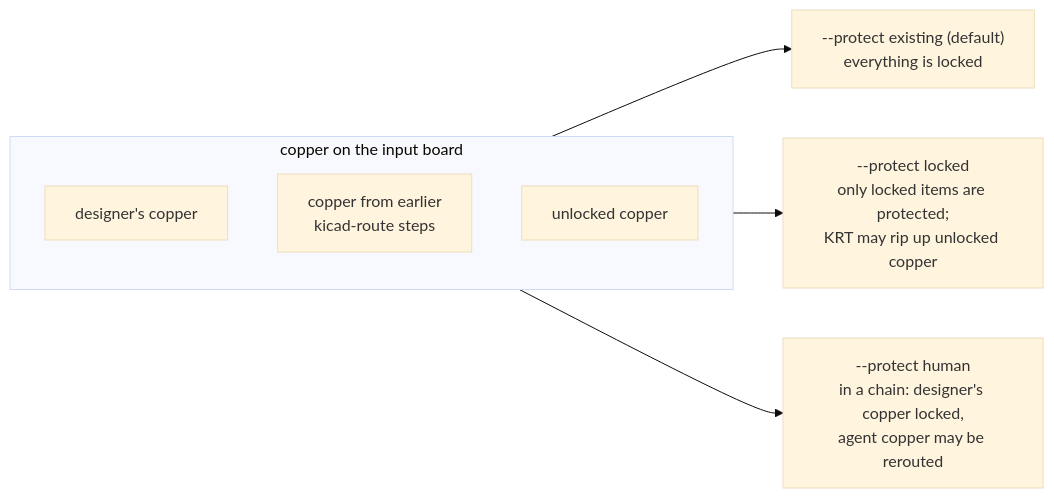
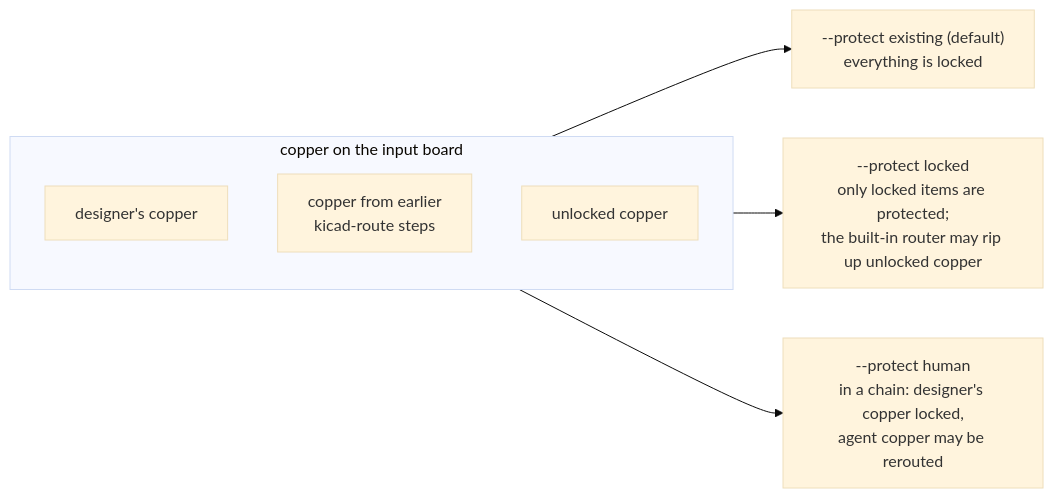
The first of 6 diagrams in docs/guide/workflows.md (halbritt/kicad-route), drawn with Mermaid (base theme) before and after one commit. The commit also changed other lines of this file and 44 other files, not shown here.

````diff
--- a/docs/guide/workflows.md
+++ b/docs/guide/workflows.md
@@ -37,12 +37,12 @@
 ```mermaid
 flowchart LR
     subgraph input["copper on the input board"]
         H["designer's copper"]
         A["copper from earlier<br/>kicad-route steps"]
         U["unlocked copper"]
     end
     E["--protect existing (default)<br/>everything is locked"]
-    L["--protect locked<br/>only locked items are protected;<br/>KRT may rip up unlocked copper"]
+    L["--protect locked<br/>only locked items are protected;<br/>the built-in router may rip up unlocked copper"]
     M["--protect human<br/>in a chain: designer's copper locked,<br/>agent copper may be rerouted"]
     input --> E & L & M
 ```
````
